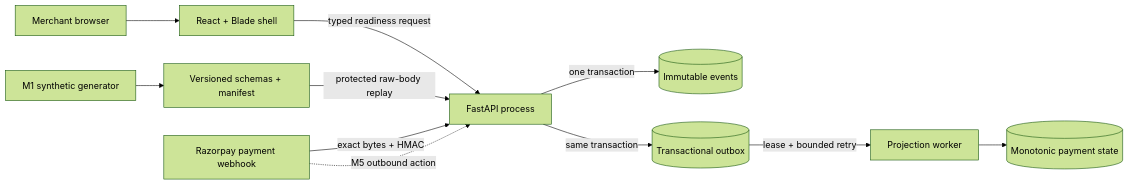
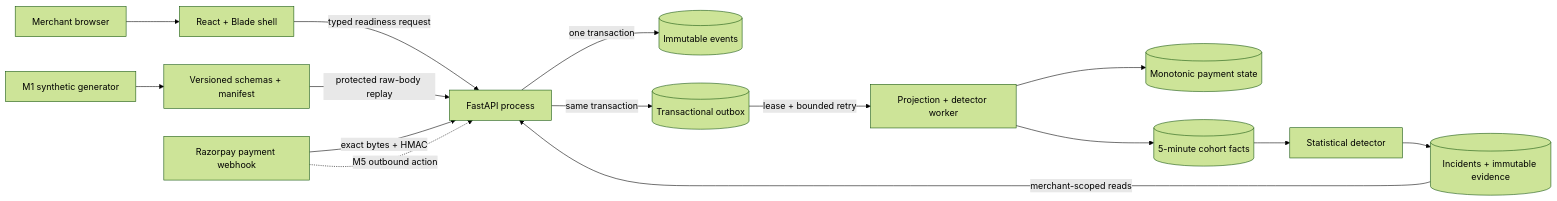
One commit to abhinavrathee/RetryRail changed the diagram in docs/ARCHITECTURE.md. Above: the diagram before and after it, drawn with Mermaid (forest theme). The commit also changed other lines of this file and 53 other files, not shown here.

````diff
--- a/docs/ARCHITECTURE.md
+++ b/docs/ARCHITECTURE.md
@@ -10,13 +11,17 @@
 ```mermaid
 flowchart LR
     Browser[Merchant browser] --> Web[React + Blade shell]
     Web -->|typed readiness request| API[FastAPI process]
     Truth[M1 synthetic generator] --> Contracts[Versioned schemas + manifest]
     Contracts -->|protected raw-body replay| API
     Razorpay[Razorpay payment webhook] -->|exact bytes + HMAC| API
     API -->|one transaction| Events[(Immutable events)]
     API -->|same transaction| Outbox[(Transactional outbox)]
-    Outbox -->|lease + bounded retry| Worker[Projection worker]
+    Outbox -->|lease + bounded retry| Worker[Projection + detector worker]
     Worker --> Projection[(Monotonic payment state)]
+    Worker --> Aggregates[(5-minute cohort facts)]
+    Aggregates --> Detector[Statistical detector]
+    Detector --> Incidents[(Incidents + immutable evidence)]
+    Incidents -->|merchant-scoped reads| API
     Razorpay -. M5 outbound action .-> API
 ```
````
